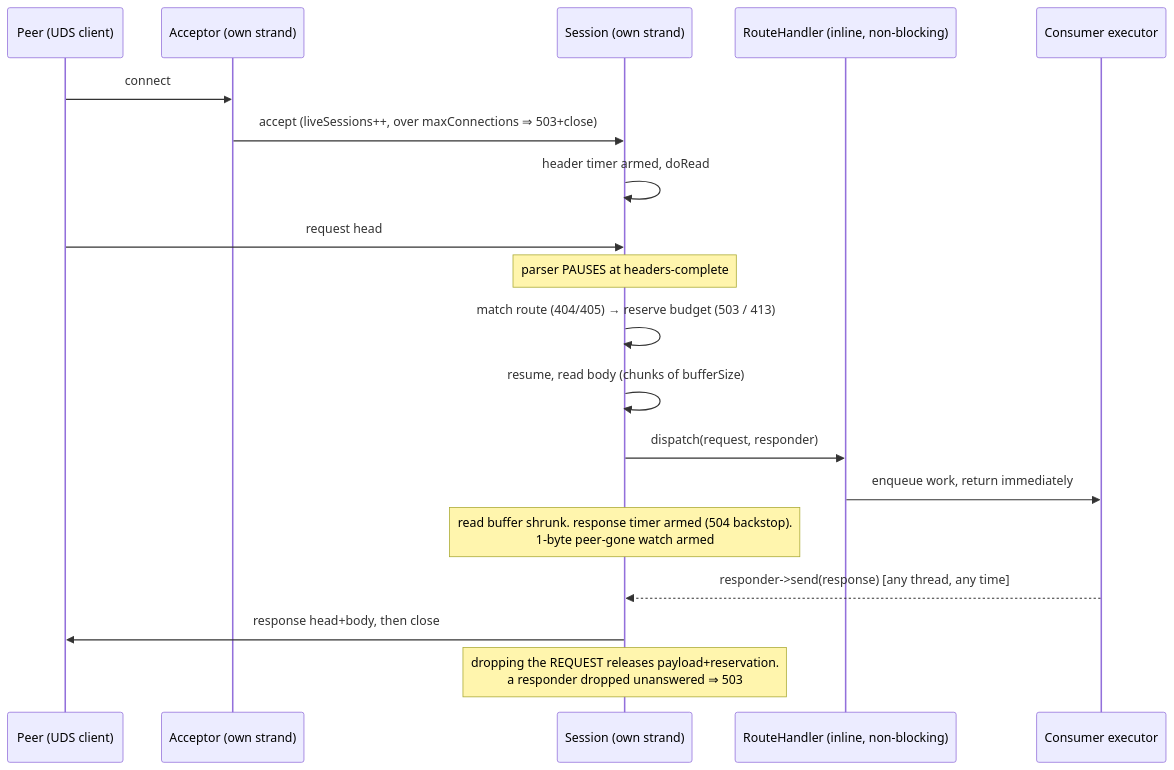
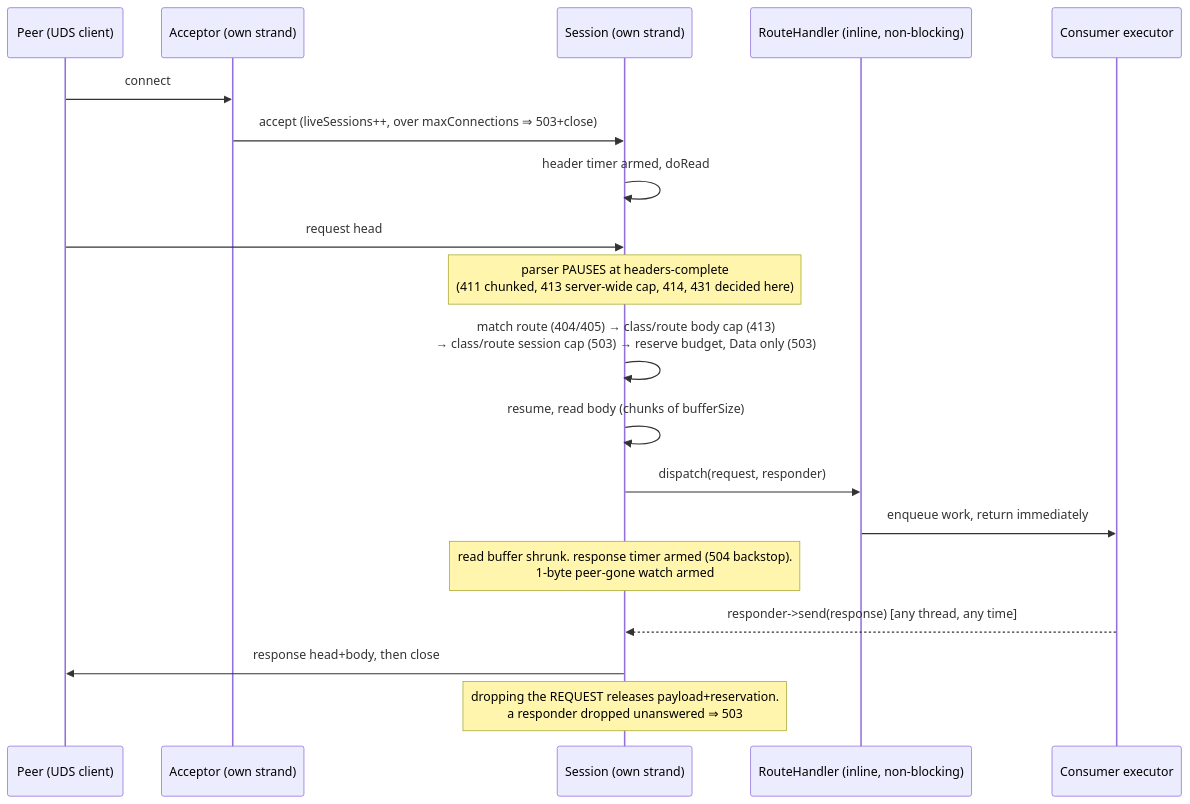
The first of 3 diagrams in docs/ref/modules/utils/uds-http-server/architecture.md (wazuh/wazuh), drawn with Mermaid before and after one commit. The commit also changed other lines of this file and 244 other files, not shown here.

````diff
--- a/docs/ref/modules/utils/uds-http-server/architecture.md
+++ b/docs/ref/modules/utils/uds-http-server/architecture.md
@@ -15,21 +15,21 @@
 ```mermaid
 sequenceDiagram
     participant P as Peer (UDS client)
     participant A as Acceptor (own strand)
     participant S as Session (own strand)
     participant H as RouteHandler (inline, non-blocking)
     participant W as Consumer executor
     P->>A: connect
     A->>S: accept (liveSessions++, over maxConnections ⇒ 503+close)
     S->>S: header timer armed, doRead
     P->>S: request head
-    Note over S: parser PAUSES at headers-complete
-    S->>S: match route (404/405) → reserve budget (503 / 413)
+    Note over S: parser PAUSES at headers-complete<br/>(411 chunked, 413 server-wide cap, 414, 431 decided here)
+    S->>S: match route (404/405) → class/route body cap (413)<br/>→ class/route session cap (503) → reserve budget, Data only (503)
     S->>S: resume, read body (chunks of bufferSize)
     S->>H: dispatch(request, responder)
     H->>W: enqueue work, return immediately
     Note over S: read buffer shrunk. response timer armed (504 backstop).<br/>1-byte peer-gone watch armed
     W-->>S: responder->send(response)  [any thread, any time]
     S->>P: response head+body, then close
     Note over S: dropping the REQUEST releases payload+reservation.<br/>a responder dropped unanswered ⇒ 503
 ```
````
